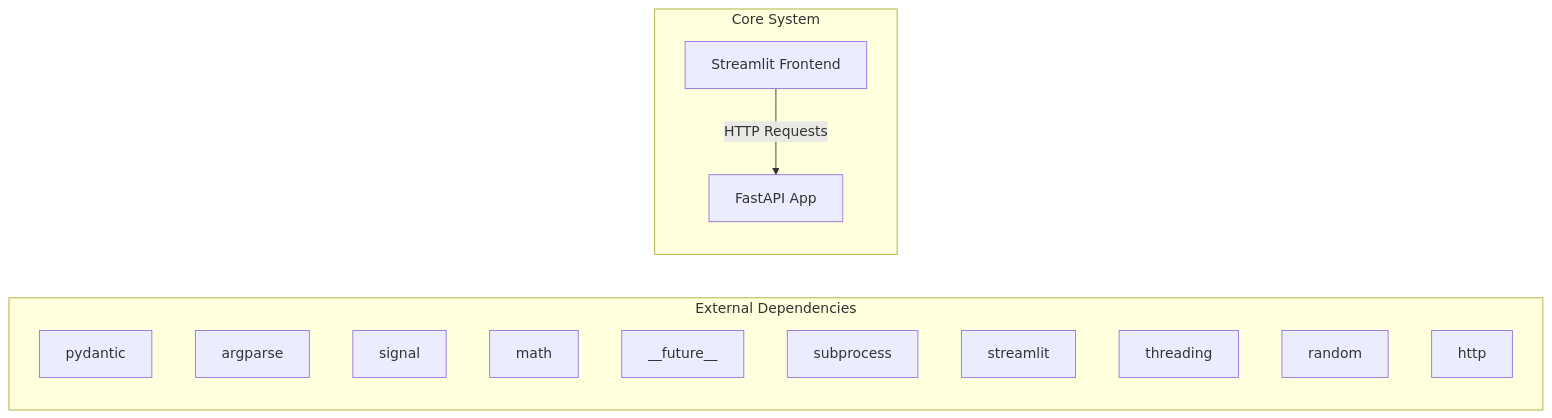
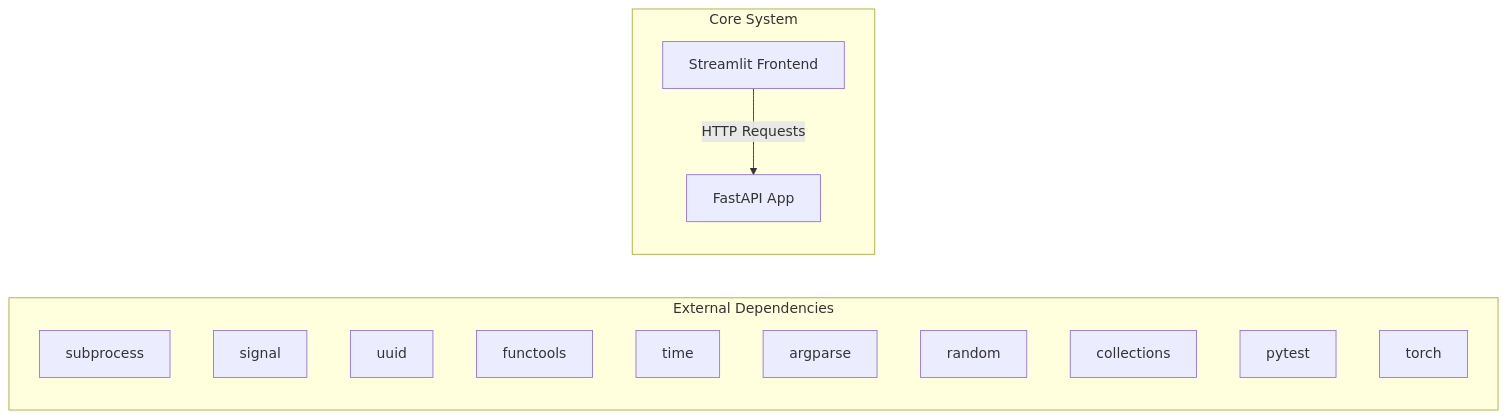
One commit to NITISH-R-G/rag-context-optimizer changed the first of 2 diagrams in docs/architecture.md. Above: the diagram before and after it, drawn with Mermaid. The commit also changed 1 other file, not shown here.

Commit message:
docs: auto-update repository knowledge, architecture diagrams, and documentation

````diff
--- a/docs/architecture.md
+++ b/docs/architecture.md
@@ -7,20 +7,20 @@
 ```mermaid
 graph LR
     subgraph External Dependencies
-        E0["pydantic"]
-        E1["argparse"]
-        E2["signal"]
-        E3["math"]
-        E4["__future__"]
-        E5["subprocess"]
-        E6["streamlit"]
-        E7["threading"]
-        E8["random"]
-        E9["http"]
+        E0["subprocess"]
+        E1["signal"]
+        E2["uuid"]
+        E3["functools"]
+        E4["time"]
+        E5["argparse"]
+        E6["random"]
+        E7["collections"]
+        E8["pytest"]
+        E9["torch"]
     end
     subgraph Core System
         API["FastAPI App"]
         UI["Streamlit Frontend"]
     end
     UI -->|HTTP Requests| API
 ```
````
